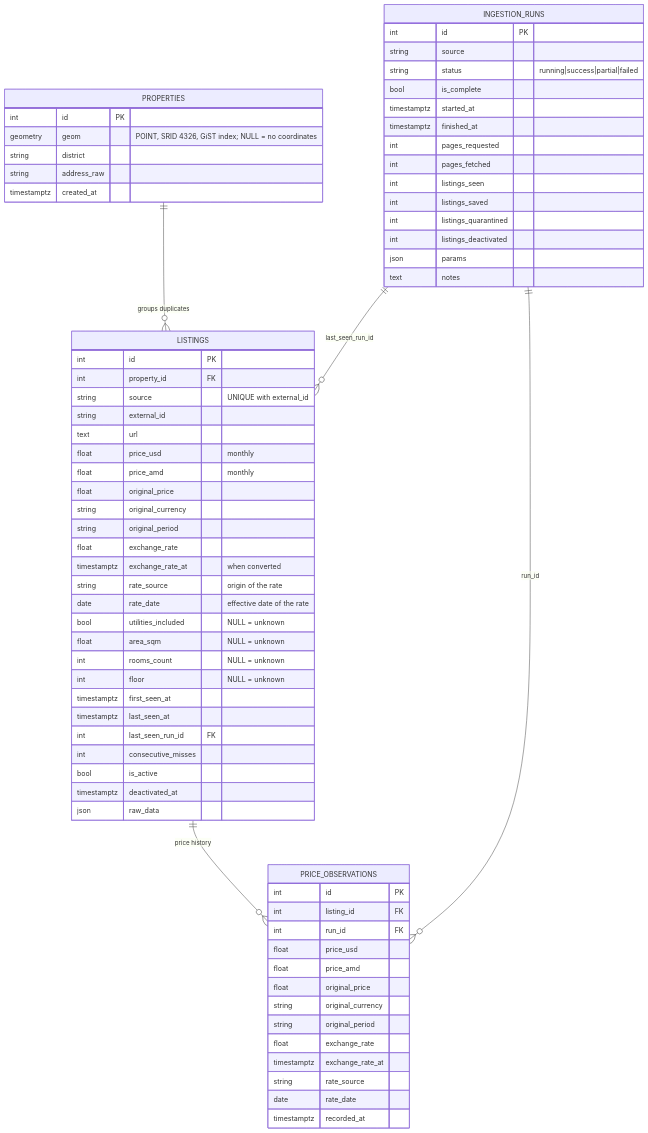
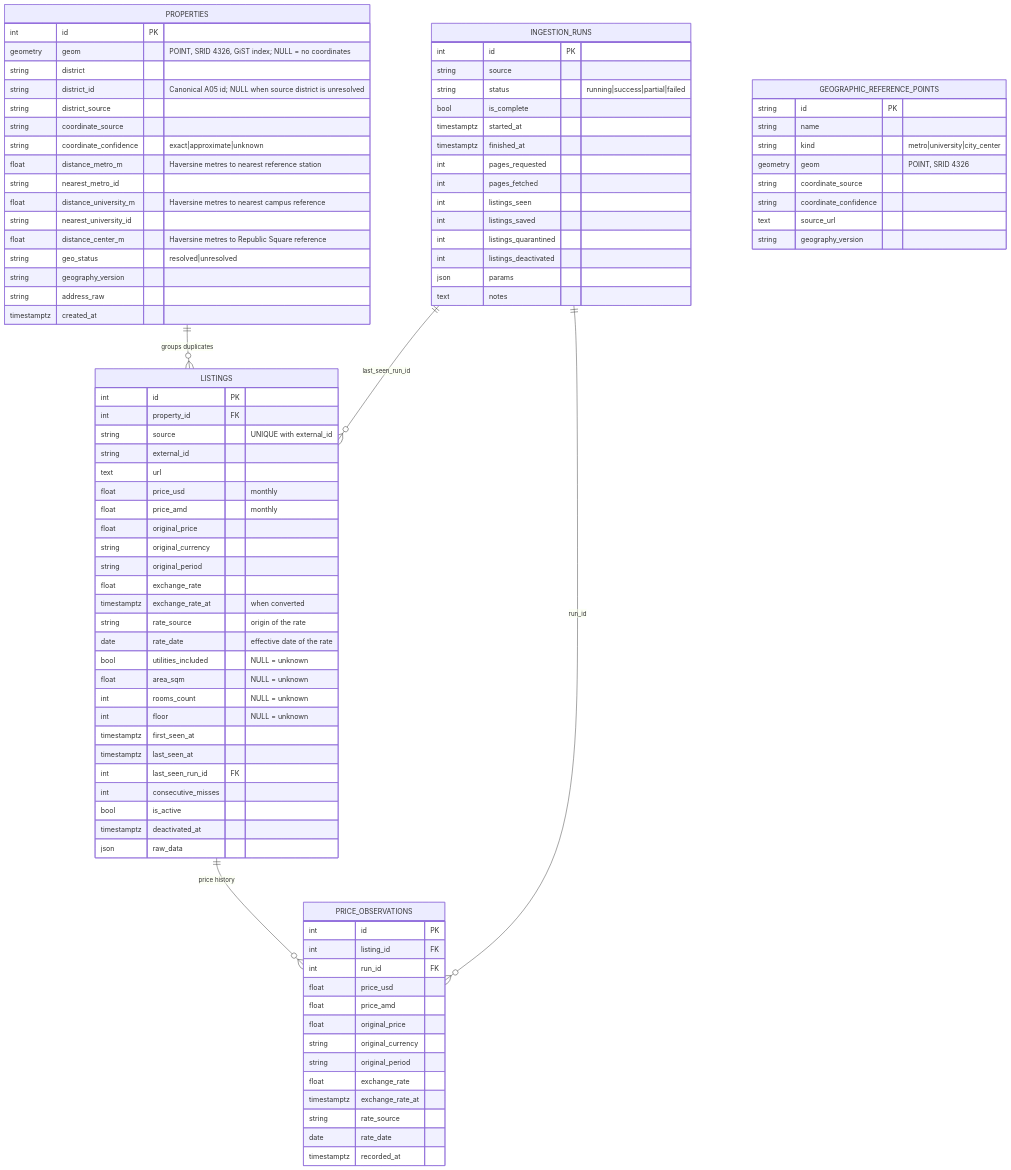
The diagram in data_pipeline/docs/storage-and-ingestion.md (Artyomkrtchyan/fairrent), drawn with Mermaid before and after one commit. The commit also changed other lines of this file and 13 other files, not shown here.

````diff
--- a/data_pipeline/docs/storage-and-ingestion.md
+++ b/data_pipeline/docs/storage-and-ingestion.md
@@ -13,6 +13,17 @@
         int id PK
         geometry geom "POINT, SRID 4326, GiST index; NULL = no coordinates"
         string district
+        string district_id "Canonical A05 id; NULL when source district is unresolved"
+        string district_source
+        string coordinate_source
+        string coordinate_confidence "exact|approximate|unknown"
+        float distance_metro_m "Haversine metres to nearest reference station"
+        string nearest_metro_id
+        float distance_university_m "Haversine metres to nearest campus reference"
+        string nearest_university_id
+        float distance_center_m "Haversine metres to Republic Square reference"
+        string geo_status "resolved|unresolved"
+        string geography_version
         string address_raw
         timestamptz created_at
     }
@@ -74,4 +85,14 @@
         json params
         text notes
     }
+    GEOGRAPHIC_REFERENCE_POINTS {
+        string id PK
+        string name
+        string kind "metro|university|city_center"
+        geometry geom "POINT, SRID 4326"
+        string coordinate_source
+        string coordinate_confidence
+        text source_url
+        string geography_version
+    }
 ```
````
